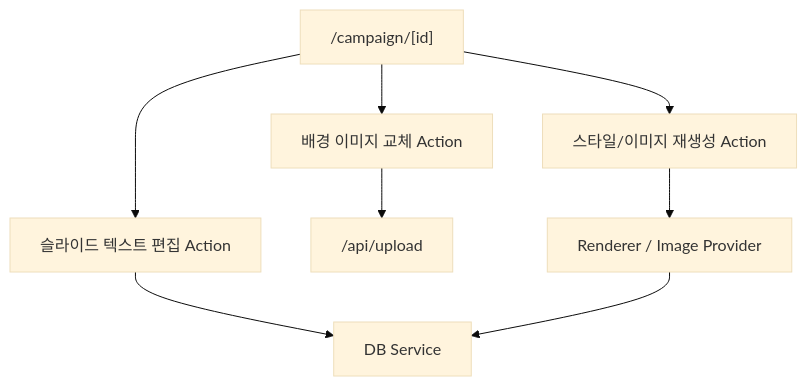
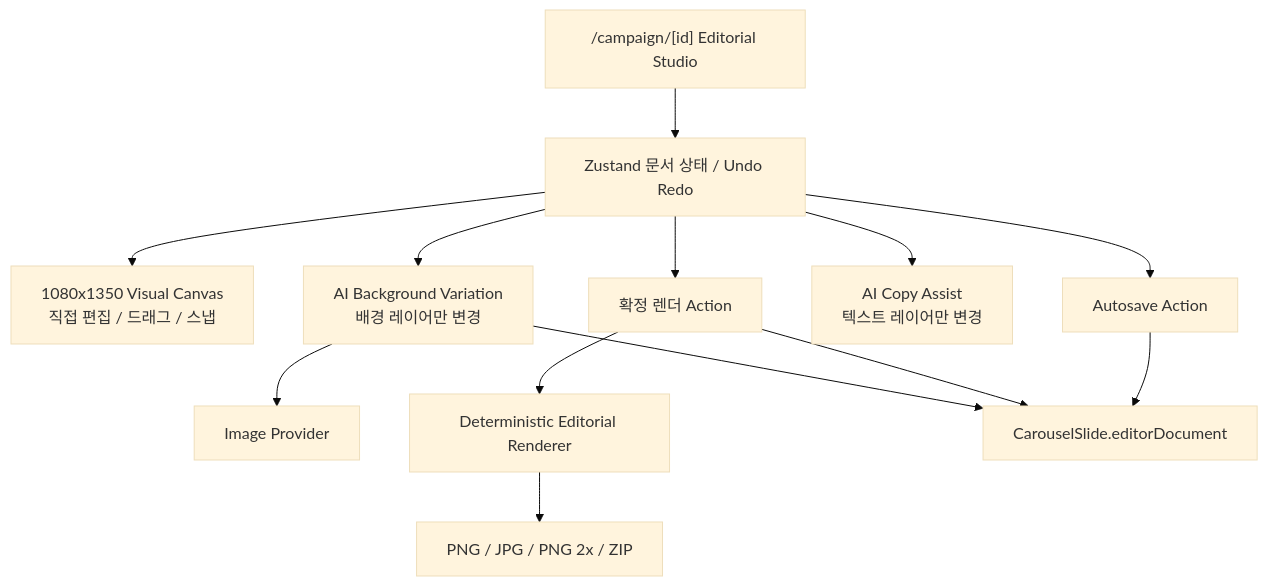
One commit to MCuffs/snsagent changed the fourth of 7 diagrams in SYSTEM_ARCHITECTURE.md. Above: the diagram before and after it, drawn with Mermaid (base theme). The commit also changed other lines of this file and 22 other files, not shown here.

Commit message:
feat: introduce editorial carousel studio editor

````diff
--- a/SYSTEM_ARCHITECTURE.md
+++ b/SYSTEM_ARCHITECTURE.md
@@ -122,10 +122,15 @@
 ```mermaid
 flowchart TD
-    Result["/campaign/[id]"] --> Text["슬라이드 텍스트 편집 Action"]
-    Result --> ReRender["스타일/이미지 재생성 Action"]
-    Result --> Replace["배경 이미지 교체 Action"]
-    Replace --> Upload["/api/upload"]
-    Text --> DB["DB Service"]
-    ReRender --> Pipeline["Renderer / Image Provider"]
-    Pipeline --> DB
+    Result["/campaign/[id] Editorial Studio"] --> Store["Zustand 문서 상태 / Undo Redo"]
+    Store --> Canvas["1080x1350 Visual Canvas<br/>직접 편집 / 드래그 / 스냅"]
+    Store --> Auto["Autosave Action"]
+    Store --> Commit["확정 렌더 Action"]
+    Store --> Copy["AI Copy Assist<br/>텍스트 레이어만 변경"]
+    Store --> Bg["AI Background Variation<br/>배경 레이어만 변경"]
+    Bg --> Provider["Image Provider"]
+    Commit --> Renderer["Deterministic Editorial Renderer"]
+    Renderer --> Export["PNG / JPG / PNG 2x / ZIP"]
+    Auto --> DB["CarouselSlide.editorDocument"]
+    Commit --> DB
+    Bg --> DB
 ```
````
